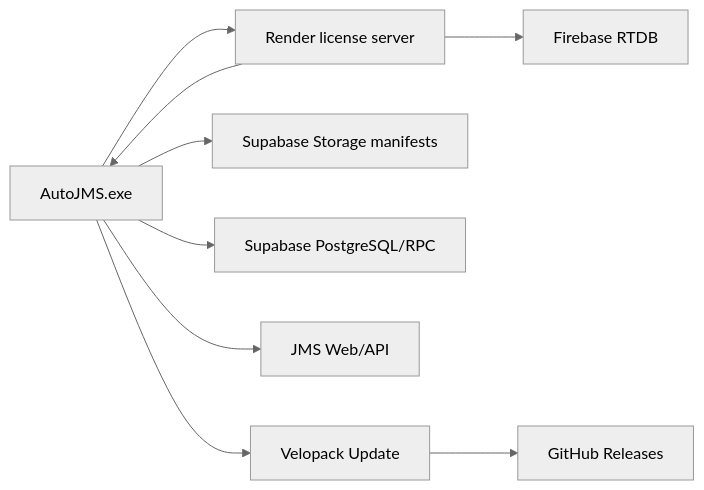
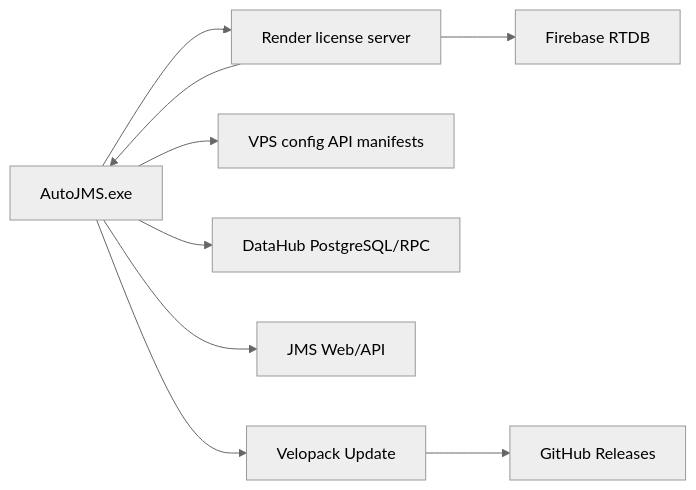
Before and after one commit to Datt03-sss/AutoJMS: the second of 3 diagrams in docs/project/PROJECT_OVERVIEW_CURRENT.vi.md, drawn with Mermaid (neutral theme). The commit also changed other lines of this file and 286 other files, not shown here.

Commit message:
refactor: remove legacy backend and route client through VPS API

````diff
--- a/docs/project/PROJECT_OVERVIEW_CURRENT.vi.md
+++ b/docs/project/PROJECT_OVERVIEW_CURRENT.vi.md
@@ -189,11 +189,11 @@
 ```mermaid
 flowchart LR
     Client["AutoJMS.exe"] --> Render["Render license server"]
     Render --> Firebase["Firebase RTDB"]
     Render --> Client
-    Client --> SupabaseStorage["Supabase Storage manifests"]
-    Client --> SupabaseDb["Supabase PostgreSQL/RPC"]
+    Client --> DataHubStorage["VPS config API manifests"]
+    Client --> DataHubDb["DataHub PostgreSQL/RPC"]
     Client --> JMS["JMS Web/API"]
     Updates["Velopack Update"] --> GitHub["GitHub Releases"]
     Client --> Updates
 ```
````
